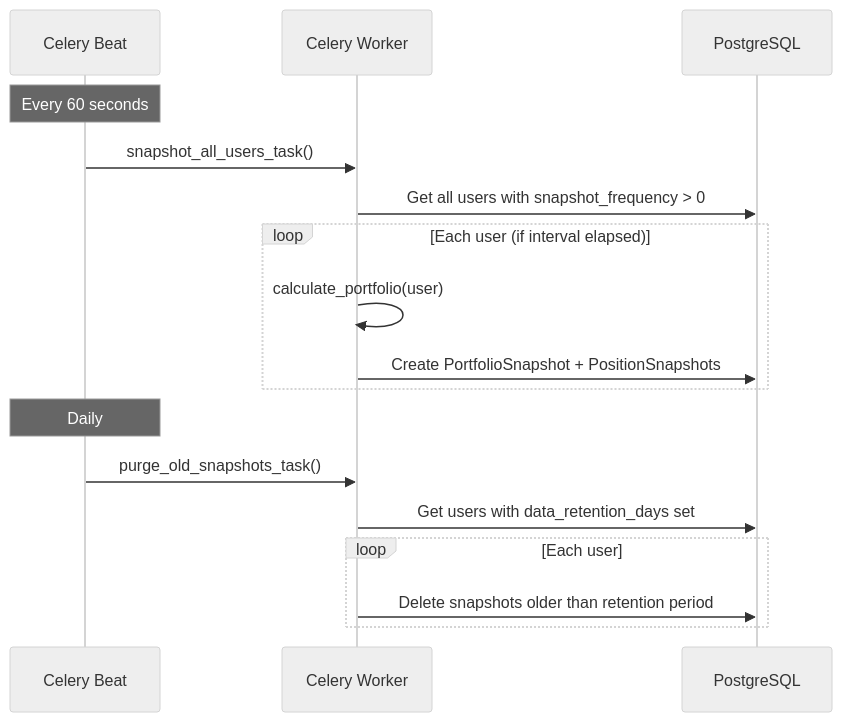
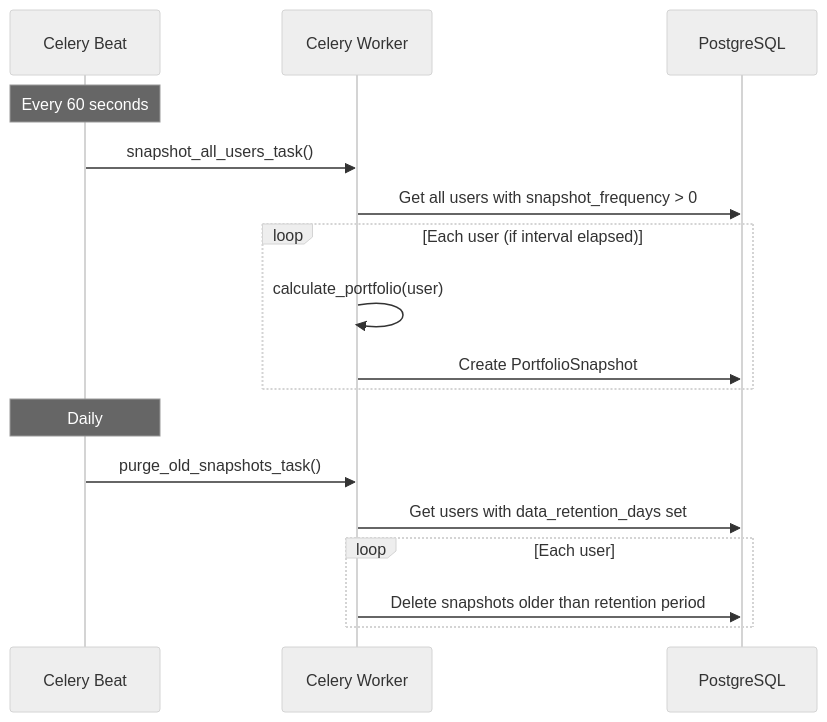
The eighth of 9 diagrams in docs/architecture.md (Gonzalez8/Fintrack), drawn with Mermaid (neutral theme) before and after one commit. The commit also changed other lines of this file and 4 other files, not shown here.

````diff
--- a/docs/architecture.md
+++ b/docs/architecture.md
@@ -547,21 +534,21 @@
 ```mermaid
 sequenceDiagram
     participant Beat as Celery Beat
     participant Worker as Celery Worker
     participant DB as PostgreSQL
 
     Note over Beat: Every 60 seconds
     Beat->>Worker: snapshot_all_users_task()
     Worker->>DB: Get all users with snapshot_frequency > 0
     loop Each user (if interval elapsed)
         Worker->>Worker: calculate_portfolio(user)
-        Worker->>DB: Create PortfolioSnapshot + PositionSnapshots
+        Worker->>DB: Create PortfolioSnapshot
     end
 
     Note over Beat: Daily
     Beat->>Worker: purge_old_snapshots_task()
     Worker->>DB: Get users with data_retention_days set
     loop Each user
         Worker->>DB: Delete snapshots older than retention period
     end
 ```
````
